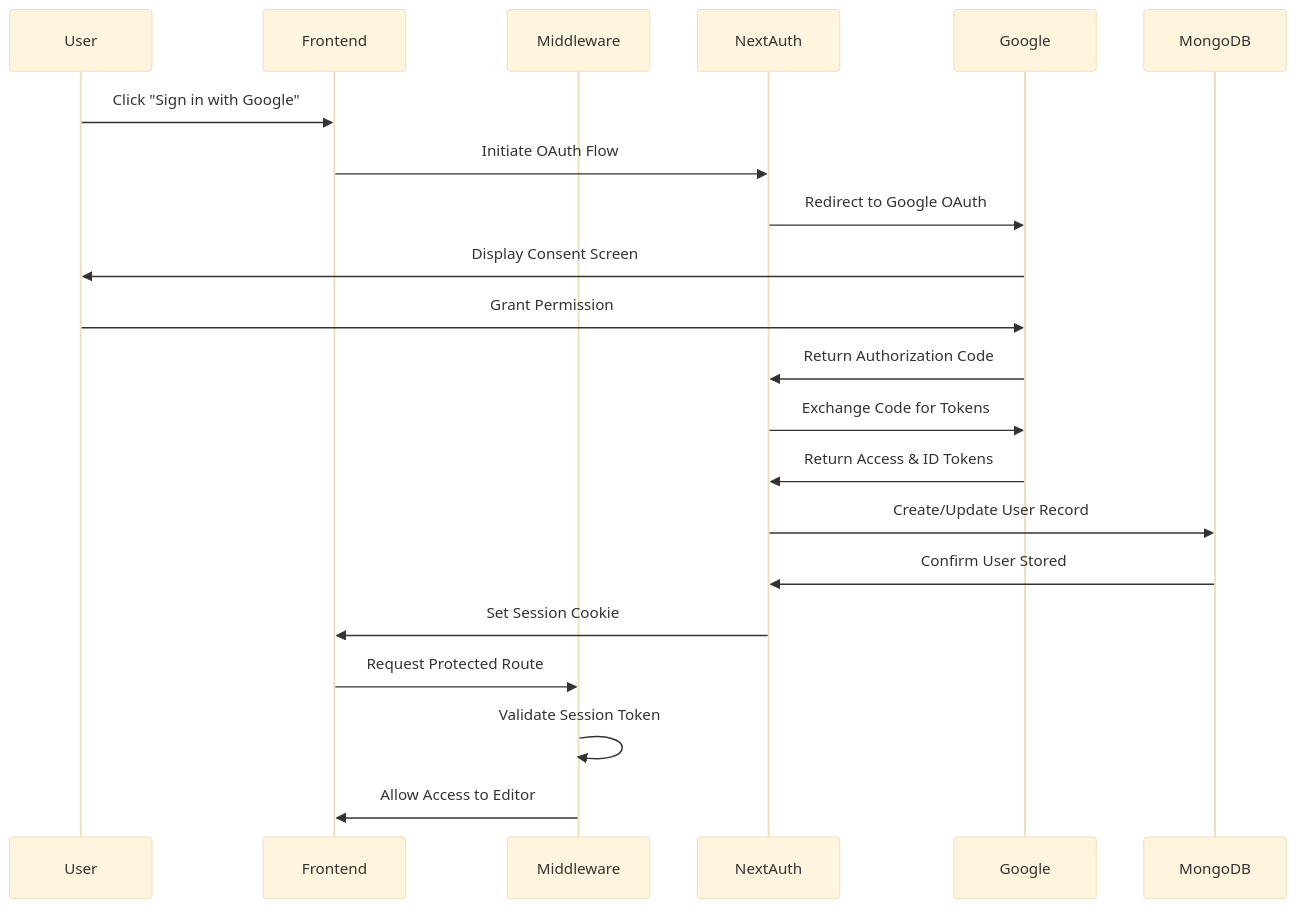
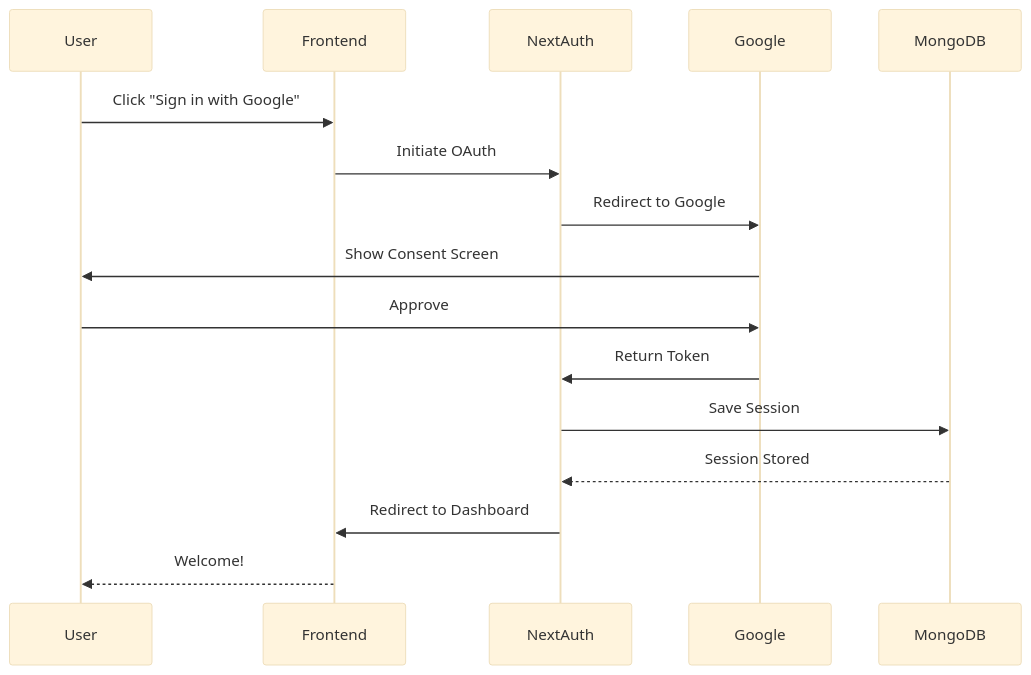
Before and after one commit to yashodipmore/RetailSyncAI: diagram 12 of 15 in README.md, drawn with Mermaid (base theme). The commit also changed other lines of this file and 16 other files, not shown here.

First line of the commit message:
Major Update: Professional Home Page, Team Section, Architecture & R&D Docs

````diff
--- a/README.md
+++ b/README.md
@@ -187,24 +420,19 @@
 ```mermaid
 sequenceDiagram
-    participant User
-    participant Frontend
-    participant Middleware
-    participant NextAuth
-    participant Google
-    participant MongoDB
+    participant U as  User
+    participant F as  Frontend
+    participant N as  NextAuth
+    participant G as  Google
+    participant D as  MongoDB
 
-    User->>Frontend: Click "Sign in with Google"
-    Frontend->>NextAuth: Initiate OAuth Flow
-    NextAuth->>Google: Redirect to Google OAuth
-    Google->>User: Display Consent Screen
-    User->>Google: Grant Permission
-    Google->>NextAuth: Return Authorization Code
-    NextAuth->>Google: Exchange Code for Tokens
-    Google->>NextAuth: Return Access & ID Tokens
-    NextAuth->>MongoDB: Create/Update User Record
-    MongoDB->>NextAuth: Confirm User Stored
-    NextAuth->>Frontend: Set Session Cookie
-    Frontend->>Middleware: Request Protected Route
-    Middleware->>Middleware: Validate Session Token
-    Middleware->>Frontend: Allow Access to Editor
+    U->>F: Click "Sign in with Google"
+    F->>N: Initiate OAuth
+    N->>G: Redirect to Google
+    G->>U: Show Consent Screen
+    U->>G: Approve
+    G->>N: Return Token
+    N->>D: Save Session
+    D-->>N: Session Stored
+    N->>F: Redirect to Dashboard
+    F-->>U: Welcome! 
 ```
````
